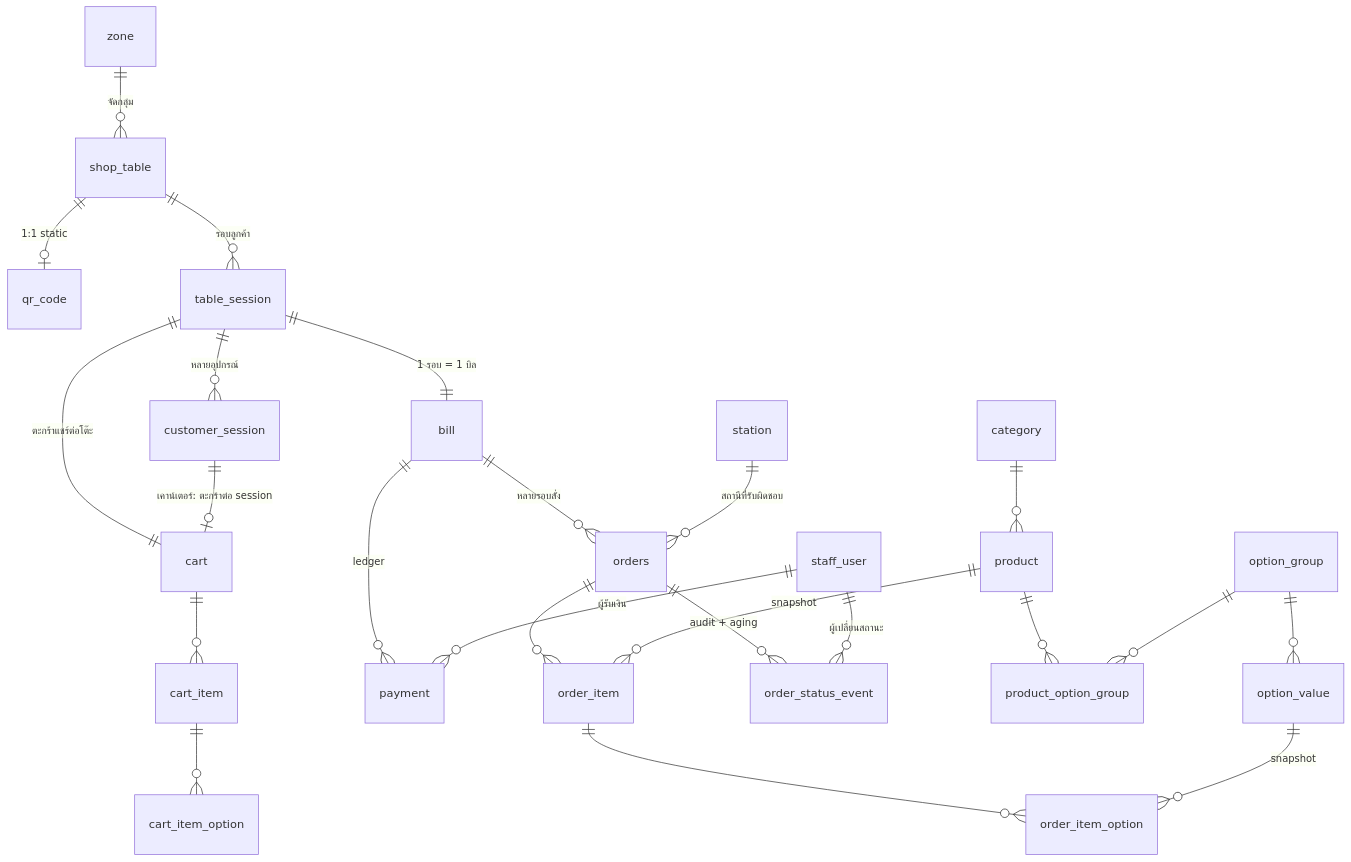
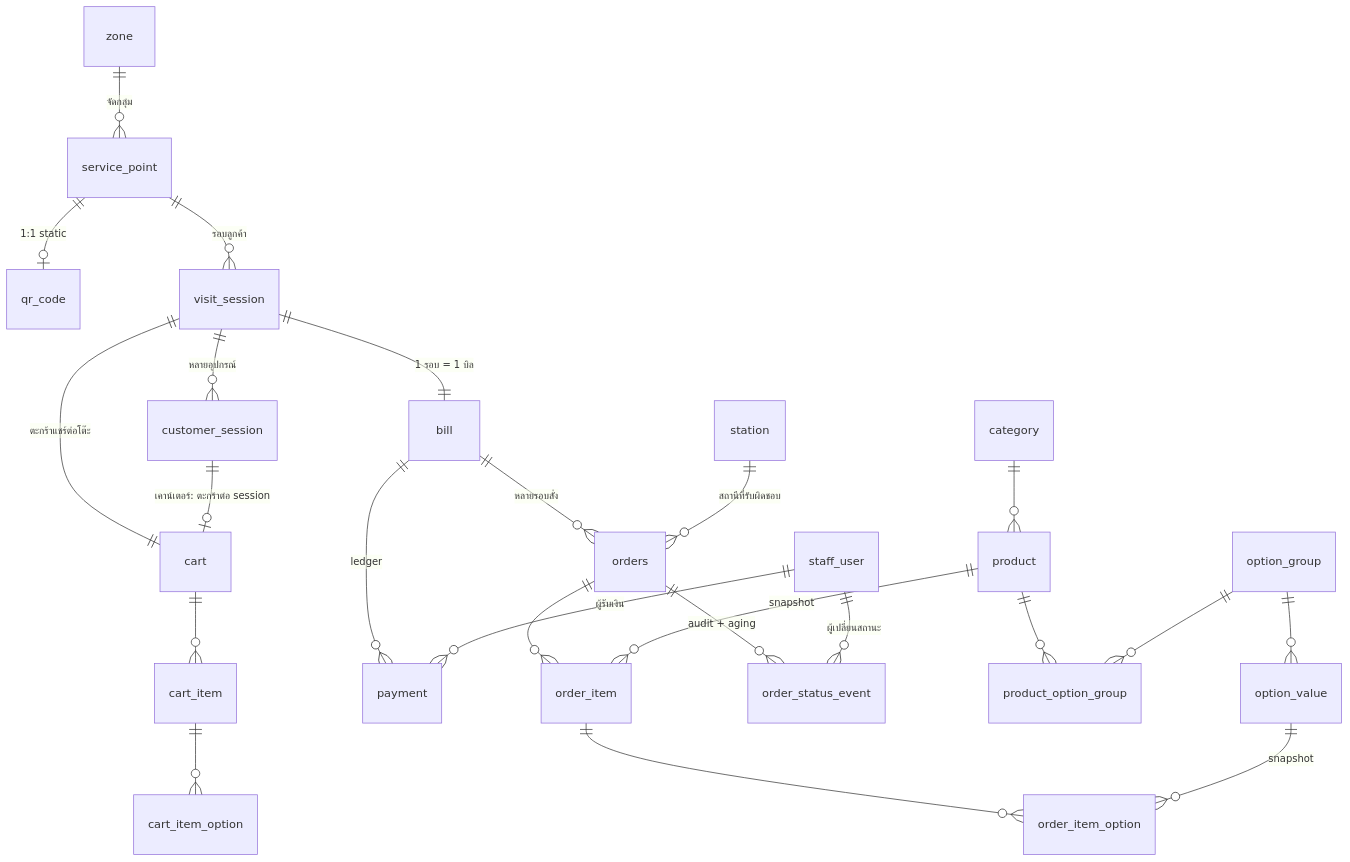
The first of 3 diagrams in docs/02-design/02-technical/data-model-v1.md (korakotcha06-dev/demo-project), drawn with Mermaid before and after one commit. The commit also changed other lines of this file and 8 other files, not shown here.

````diff
--- a/docs/02-design/02-technical/data-model-v1.md
+++ b/docs/02-design/02-technical/data-model-v1.md
@@ -30,26 +32,26 @@
 ```mermaid
 erDiagram
-    zone ||--o{ shop_table : "จัดกลุ่ม"
-    shop_table ||--o| qr_code : "1:1 static"
-    shop_table ||--o{ table_session : "รอบลูกค้า"
-    table_session ||--|| cart : "ตะกร้าแชร์ต่อโต๊ะ"
-    table_session ||--|| bill : "1 รอบ = 1 บิล"
-    table_session ||--o{ customer_session : "หลายอุปกรณ์"
+    zone ||--o{ service_point : "จัดกลุ่ม"
+    service_point ||--o| qr_code : "1:1 static"
+    service_point ||--o{ visit_session : "รอบลูกค้า"
+    visit_session ||--|| cart : "ตะกร้าแชร์ต่อโต๊ะ"
+    visit_session ||--|| bill : "1 รอบ = 1 บิล"
+    visit_session ||--o{ customer_session : "หลายอุปกรณ์"
     customer_session ||--o| cart : "เคาน์เตอร์: ตะกร้าต่อ session"
     cart ||--o{ cart_item : ""
     cart_item ||--o{ cart_item_option : ""
     bill ||--o{ orders : "หลายรอบสั่ง"
     bill ||--o{ payment : "ledger"
     orders ||--o{ order_item : ""
     orders ||--o{ order_status_event : "audit + aging"
     order_item ||--o{ order_item_option : ""
     category ||--o{ product : ""
     product ||--o{ product_option_group : ""
     option_group ||--o{ product_option_group : ""
     option_group ||--o{ option_value : ""
     option_value ||--o{ order_item_option : "snapshot"
     product ||--o{ order_item : "snapshot"
     station ||--o{ orders : "สถานีที่รับผิดชอบ"
     staff_user ||--o{ payment : "ผู้รับเงิน"
     staff_user ||--o{ order_status_event : "ผู้เปลี่ยนสถานะ"
 ```
````
